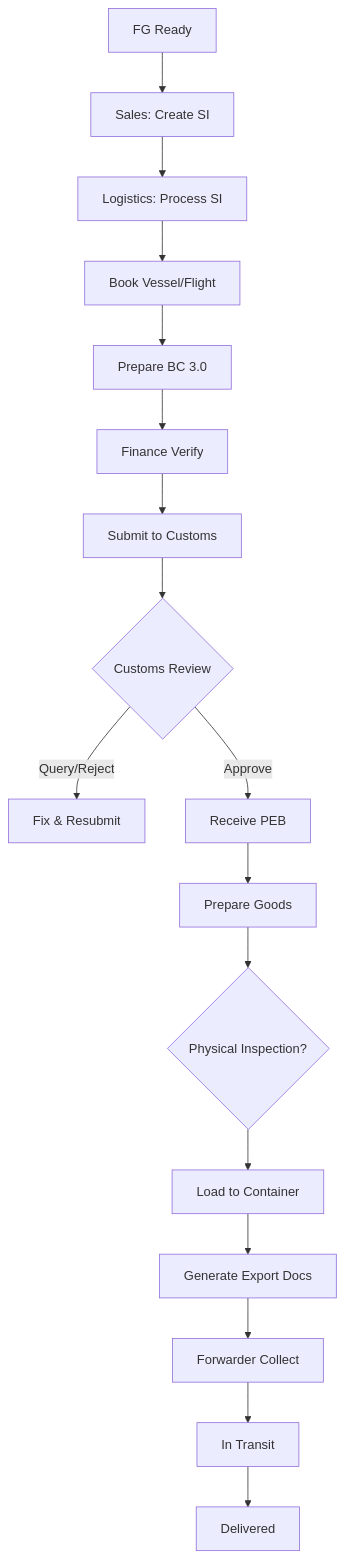
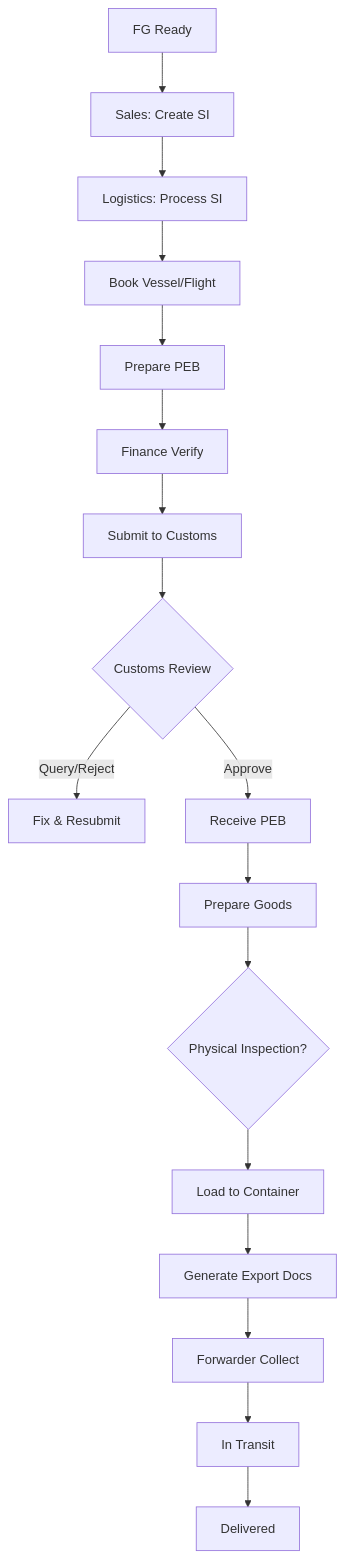
The fifth of 7 diagrams in public/docs/detailed_workflow_spec.md (batalngantuk/jkj), drawn with Mermaid before and after one commit. The commit also changed other lines of this file and 3 other files, not shown here.

````diff
--- a/public/docs/detailed_workflow_spec.md
+++ b/public/docs/detailed_workflow_spec.md
@@ -217,19 +220,19 @@
 ```mermaid
 graph TD
     A[FG Ready] --> B[Sales: Create SI]
     B --> C[Logistics: Process SI]
     C --> D[Book Vessel/Flight]
-    D --> E[Prepare BC 3.0]
+    D --> E[Prepare PEB]
     E --> F[Finance Verify]
     F --> G[Submit to Customs]
     G --> H{Customs Review}
     H -->|Query/Reject| I[Fix & Resubmit]
     H -->|Approve| J[Receive PEB]
     J --> K[Prepare Goods]
     K --> L{Physical Inspection?}
     L --> M[Load to Container]
     M --> N[Generate Export Docs]
     N --> O[Forwarder Collect]
     O --> P[In Transit]
     P --> Q[Delivered]
 ```
````
